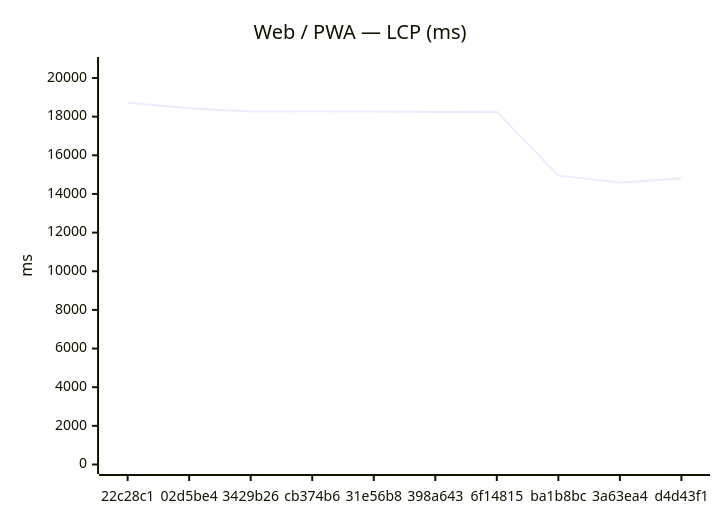
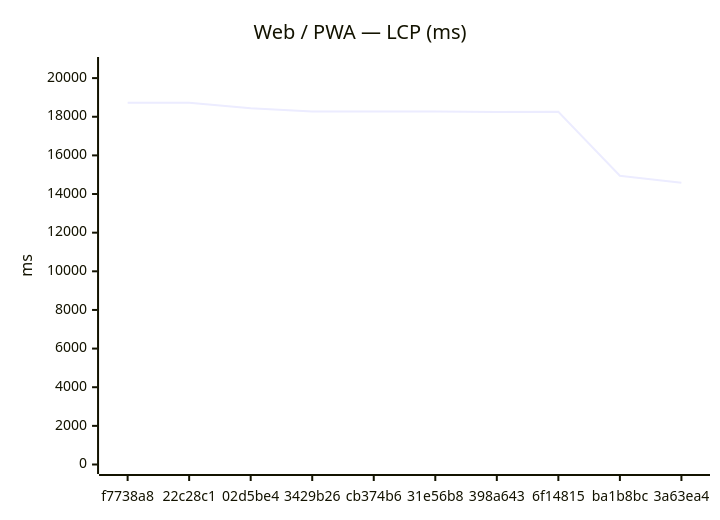
The first of 18 diagrams in benchmarks/compare.md (Metaheurist/Rianell), drawn with Mermaid before and after one commit. The commit also changed other lines of this file and 11 other files, not shown here.

````diff
--- a/benchmarks/compare.md
+++ b/benchmarks/compare.md
@@ -24,7 +24,7 @@
 ```mermaid
 xychart-beta
     title "Web / PWA — LCP (ms)"
-    x-axis ["22c28c1", "02d5be4", "3429b26", "cb374b6", "31e56b8", "398a643", "6f14815", "ba1b8bc", "3a63ea4", "d4d43f1"]
-    y-axis "ms" 0 --> 20595
-    line [18722, 18436, 18270, 18278, 18267, 18242, 18254, 14947, 14588, 14818]
+    x-axis ["f7738a8", "22c28c1", "02d5be4", "3429b26", "cb374b6", "31e56b8", "398a643", "6f14815", "ba1b8bc", "3a63ea4"]
+    y-axis "ms" 0 --> 20601
+    line [18728, 18722, 18436, 18270, 18278, 18267, 18242, 18254, 14947, 14588]
 ```
````
